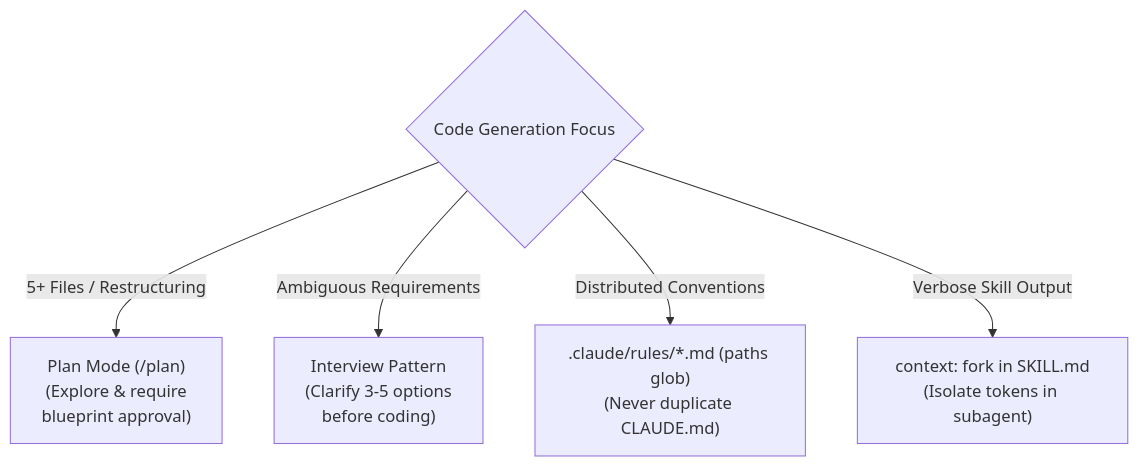
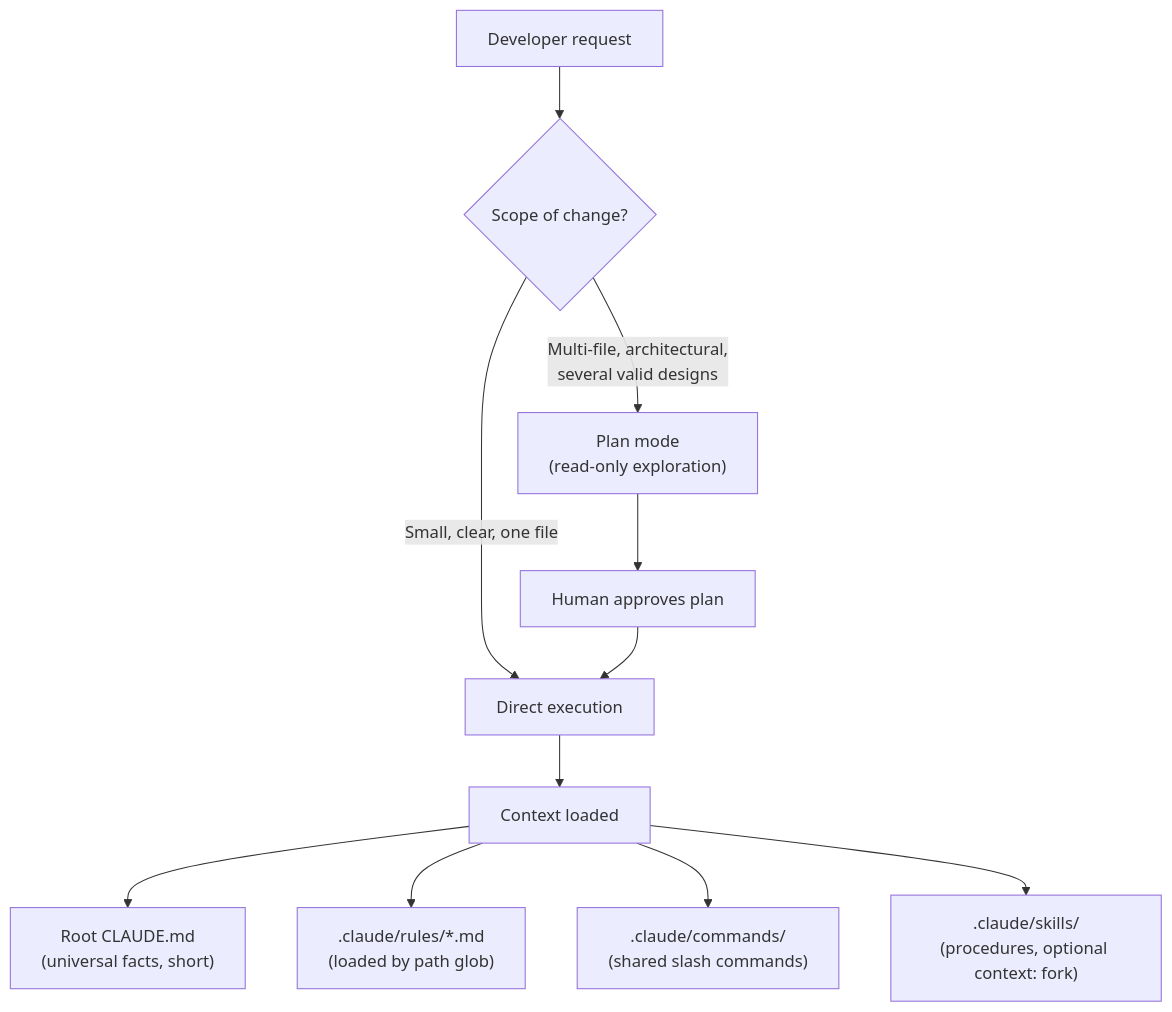
Before and after one commit to dip4k/claude_cert_architect_foundation_prep: the diagram in scenarios/scenario_2_code_generation/SCENARIO_GUIDE.md, drawn with Mermaid. The commit also changed other lines of this file and 133 other files, not shown here.

````diff
--- a/scenarios/scenario_2_code_generation/SCENARIO_GUIDE.md
+++ b/scenarios/scenario_2_code_generation/SCENARIO_GUIDE.md
@@ -53,8 +18,13 @@
 ```mermaid
 flowchart TD
-    Start{"Code Generation Focus"}
-    Start -->|5+ Files / Restructuring| D1["Plan Mode (/plan)<br>(Explore & require<br>blueprint approval)"]
-    Start -->|Ambiguous Requirements| D2["Interview Pattern<br>(Clarify 3-5 options<br>before coding)"]
-    Start -->|Distributed Conventions| D3[".claude/rules/*.md (paths glob)<br>(Never duplicate CLAUDE.md)"]
-    Start -->|Verbose Skill Output| D4["context: fork in SKILL.md<br>(Isolate tokens in subagent)"]
+    Dev["Developer request"] --> Mode{"Scope of change?"}
+    Mode -->|"Small, clear, one file"| Direct["Direct execution"]
+    Mode -->|"Multi-file, architectural,<br>several valid designs"| Plan["Plan mode<br>(read-only exploration)"]
+    Plan --> Review["Human approves plan"]
+    Review --> Direct
+    Direct --> Ctx["Context loaded"]
+    Ctx --> Root["Root CLAUDE.md<br>(universal facts, short)"]
+    Ctx --> Rules[".claude/rules/*.md<br>(loaded by path glob)"]
+    Ctx --> Cmd[".claude/commands/<br>(shared slash commands)"]
+    Ctx --> Skill[".claude/skills/<br>(procedures, optional context: fork)"]
 ```
````
